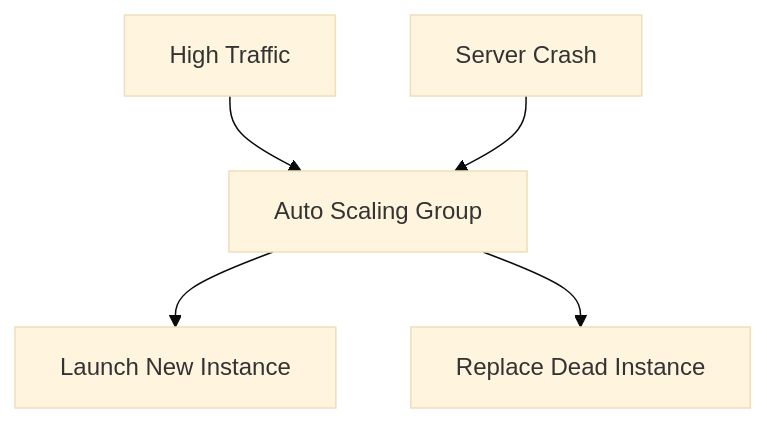
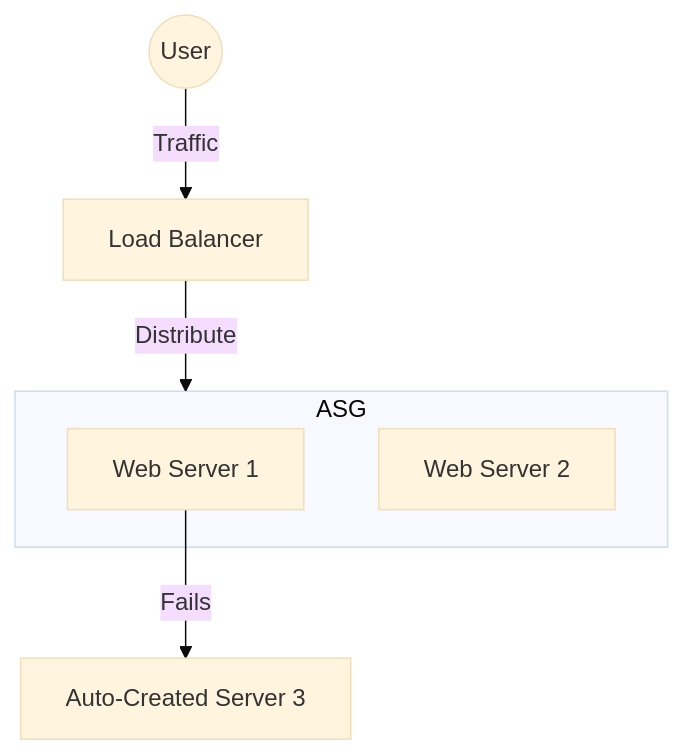
The diagram in terraform_roadmap/labs/day08-asg/README.md (Ritik12062002/Terraform_RoadMap), drawn with Mermaid (base theme) before and after one commit. The commit also changed other lines of this file and 17 other files, not shown here.

Commit message:
Terraform Roadmap

````diff
--- a/terraform_roadmap/labs/day08-asg/README.md
+++ b/terraform_roadmap/labs/day08-asg/README.md
@@ -37,7 +57,10 @@
 ```mermaid
 graph TD
-    Traffic[High Traffic] --> ASG[Auto Scaling Group]
-    ASG --> NewEC2[Launch New Instance]
-    Failure[Server Crash] --> ASG
-    ASG --> ReplaceEC2[Replace Dead Instance]
+    User((User)) -- Traffic --> ALB[Load Balancer]
+    ALB -- Distribute --> ASG[Auto Scaling Group]
+    subgraph ASG
+        S1[Web Server 1]
+        S2[Web Server 2]
+    end
+    S1 -- Fails --> S3[Auto-Created Server 3]
 ```
````
